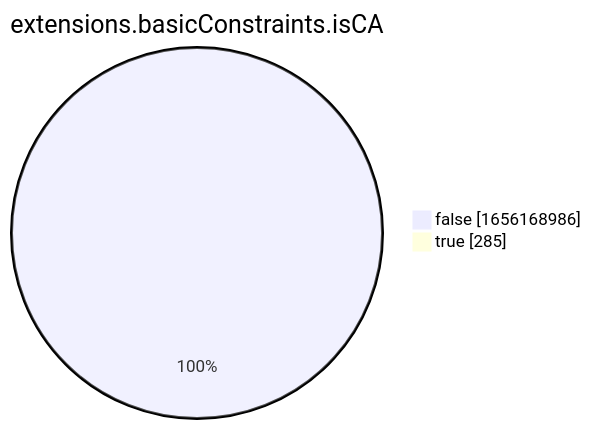
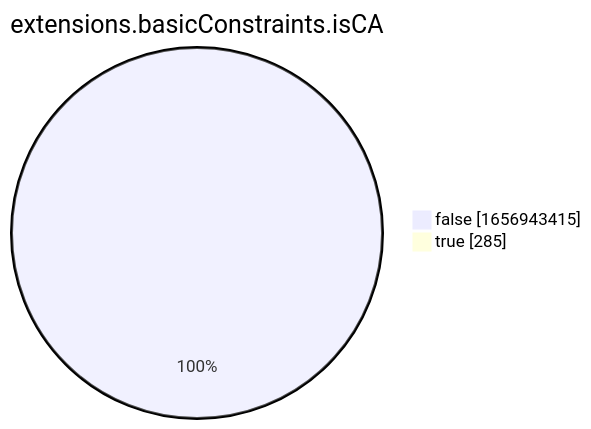
The eighth of 15 diagrams in xenon2022/README.md (christiankrug/ctmonitor_visualization), drawn with Mermaid before and after one commit. The commit also changed other lines of this file, not shown here.

````diff
--- a/xenon2022/README.md
+++ b/xenon2022/README.md
@@ -2864,6 +2864,6 @@
 ```mermaid
 pie showData
 title extensions.basicConstraints.isCA
-"false" :1656168986
+"false" :1656943415
 "true" :285
 ```
````
